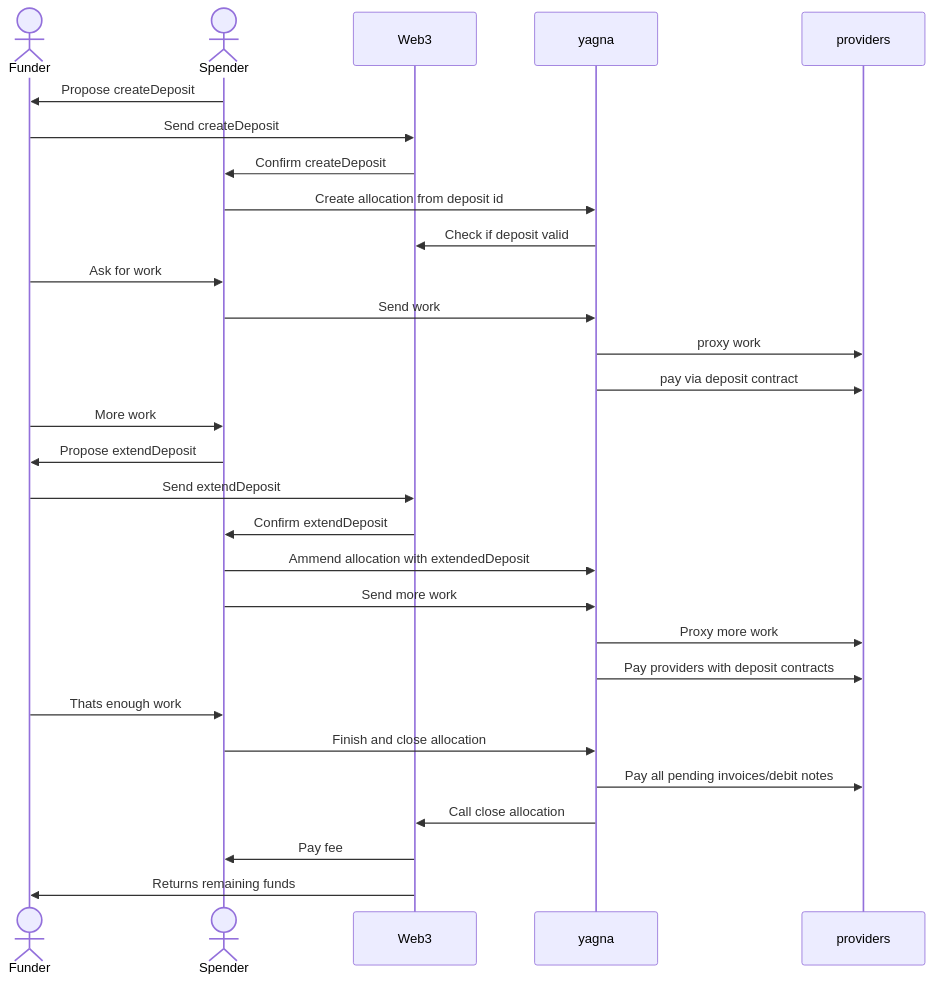
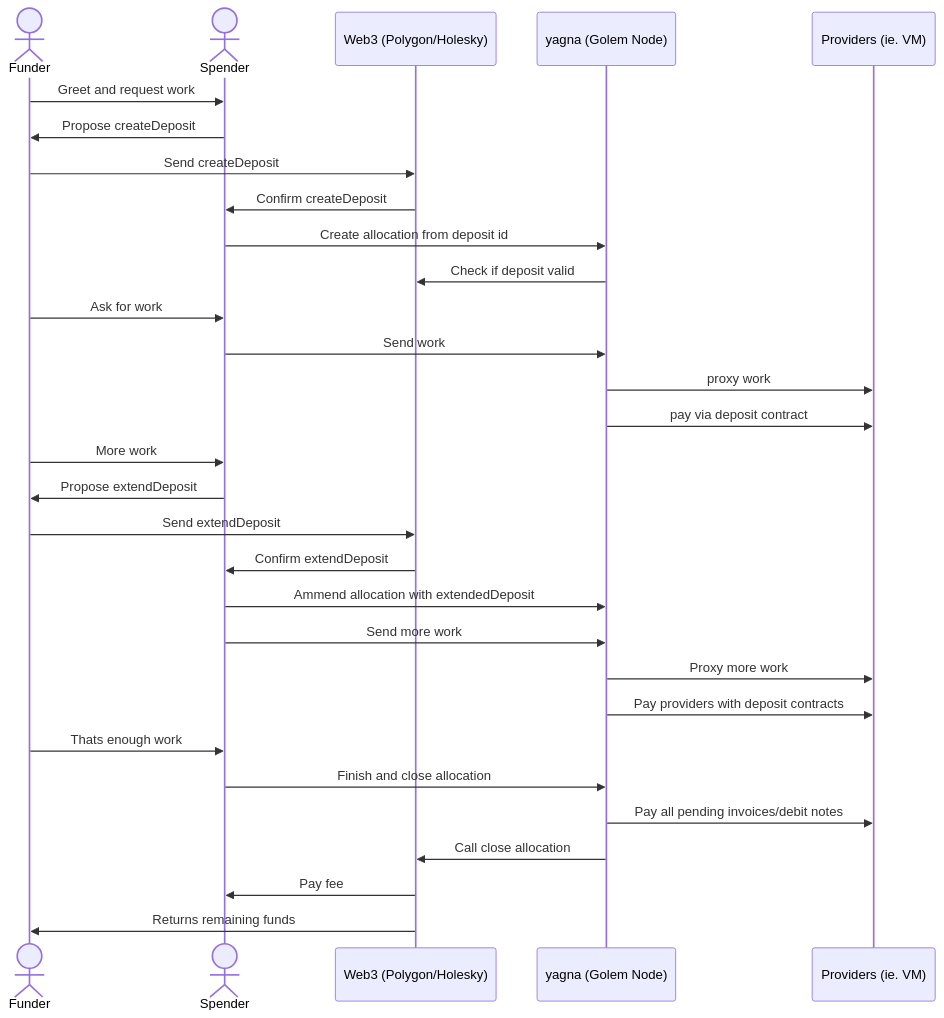
Before and after one commit to golemfactory/golem-architecture: the diagram in specs/deposits.md, drawn with Mermaid.

Commit message:
Work in progress - check if mermaid chart working

````diff
--- a/specs/deposits.md
+++ b/specs/deposits.md
@@ -186,28 +186,32 @@
 ```mermaid
 sequenceDiagram
     actor Funder
     actor Spender
+    participant Web3 as Web3 (Polygon/Holesky)
+    participant yagna as yagna (Golem Node)
+    participant providers as Providers (ie. VM)
+    Funder->>Spender: Greet and request work
     Spender->>Funder: Propose createDeposit
     Funder->>Web3: Send createDeposit
     Web3->>Spender: Confirm createDeposit
     Spender->>yagna: Create allocation from deposit id
     yagna->>Web3: Check if deposit valid
     Funder->>Spender: Ask for work
     Spender->>yagna: Send work
     yagna->>providers: proxy work
     yagna->>providers: pay via deposit contract
     Funder->>Spender: More work
     Spender->>Funder: Propose extendDeposit
     Funder->>Web3: Send extendDeposit
     Web3->>Spender: Confirm extendDeposit
     Spender->>yagna: Ammend allocation with extendedDeposit
     Spender->>yagna: Send more work
     yagna->>providers: Proxy more work
     yagna->>providers: Pay providers with deposit contracts
     Funder->>Spender: Thats enough work
     Spender->>yagna: Finish and close allocation
     yagna->>providers: Pay all pending invoices/debit notes
     yagna->>Web3: Call close allocation
     Web3->>Spender: Pay fee
     Web3->>Funder: Returns remaining funds
 ```
````
